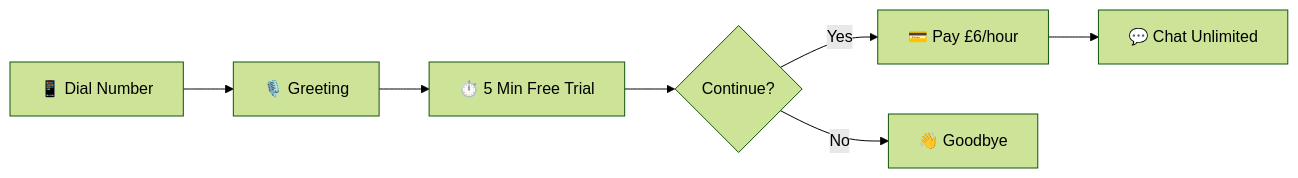
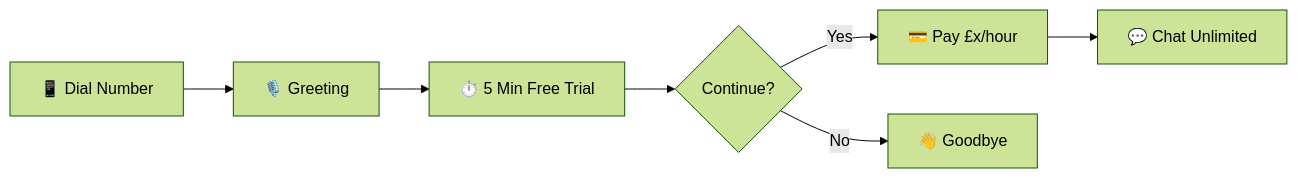
One commit to alexv879/SerenityAI changed the first of 2 diagrams in README.md. Above: the diagram before and after it, drawn with Mermaid (forest theme).

Commit message:
Update payment amount in flowchart

````diff
--- a/README.md
+++ b/README.md
@@ -254,9 +254,9 @@
 ```mermaid
 graph LR
     A[📱 Dial Number] --> B[🎙️ Greeting]
     B --> C[⏱️ 5 Min Free Trial]
     C --> D{Continue?}
-    D -->|Yes| E[💳 Pay £6/hour]
+    D -->|Yes| E[💳 Pay £x/hour]
     D -->|No| F[👋 Goodbye]
     E --> G[💬 Chat Unlimited]
 ```
````
